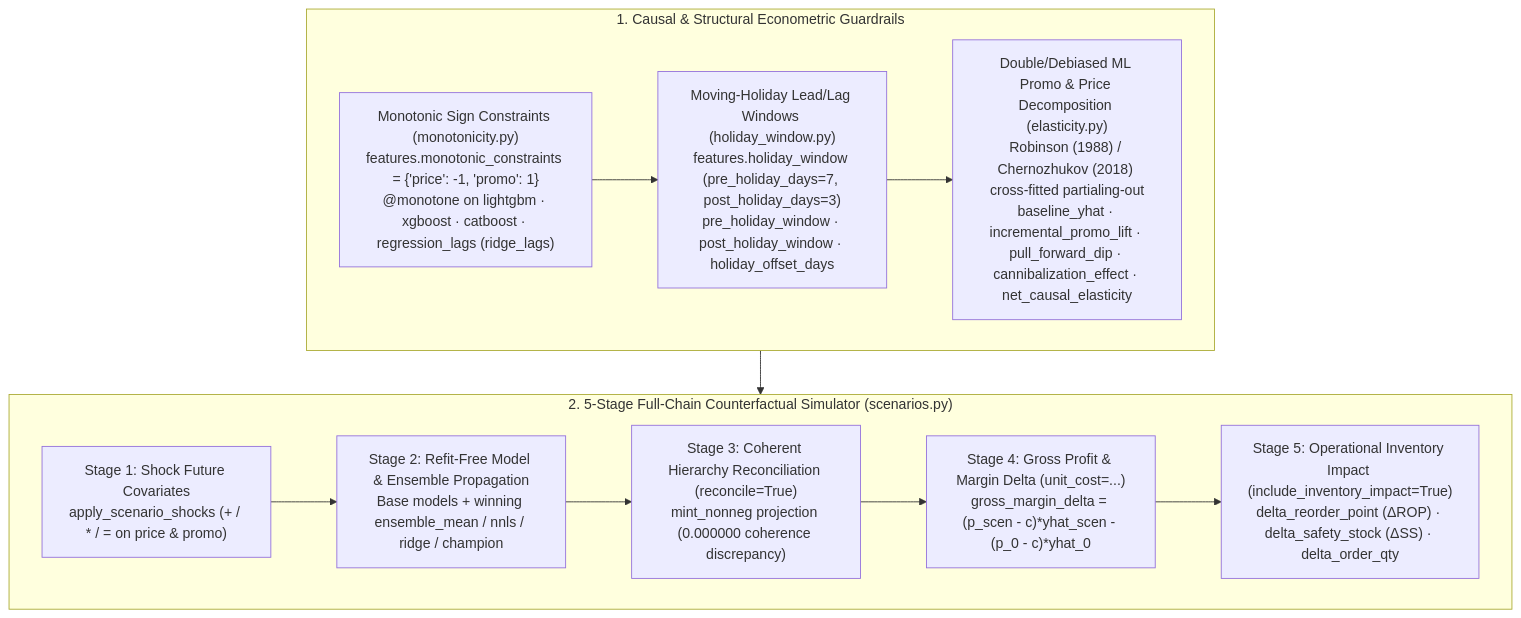
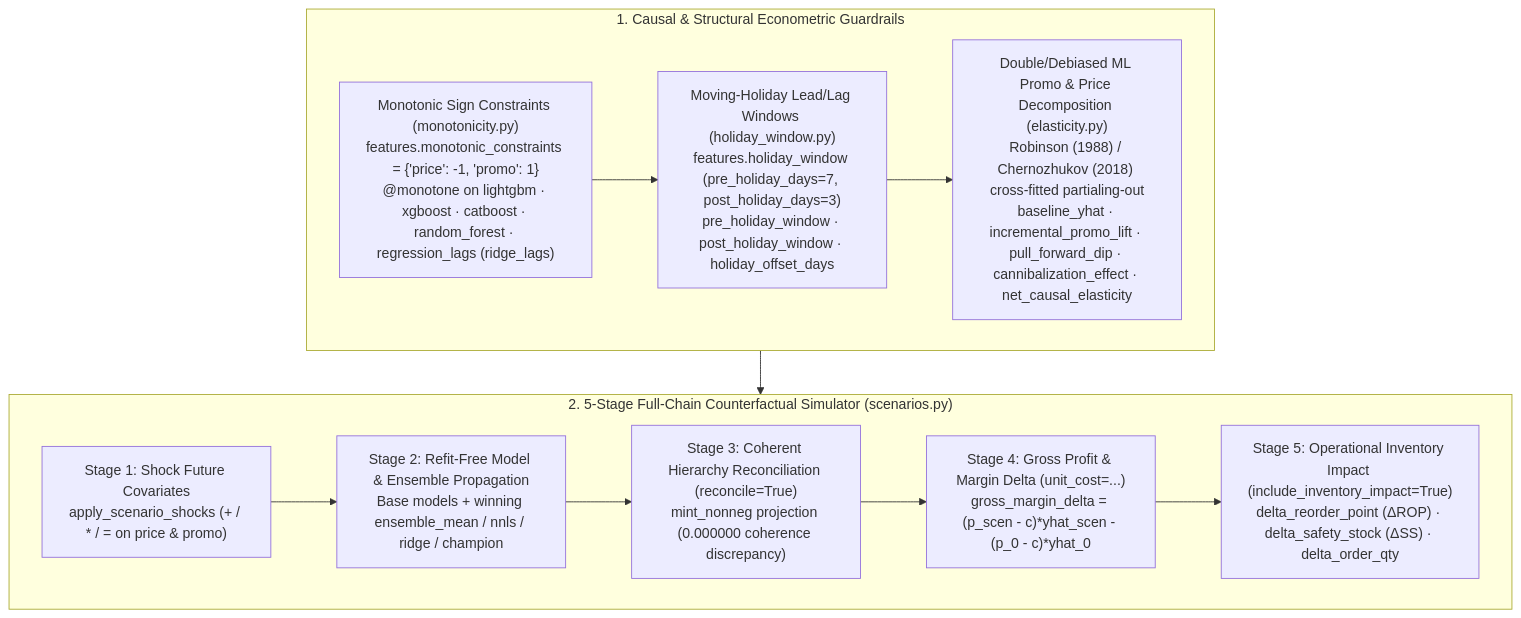
The second of 2 diagrams in docs/forecaster_workbench.md (statmike/scale-forecasting), drawn with Mermaid before and after one commit. The commit also changed other lines of this file and 21 other files, not shown here.

Commit message:
feat(monotonicity): add model discovery, random_forest monotonic_cst, HPO/global/post-hoc guardrails & audit_monotonicity_df

````diff
--- a/docs/forecaster_workbench.md
+++ b/docs/forecaster_workbench.md
@@ -108,20 +108,20 @@
 ```mermaid
 flowchart TD
     subgraph Causal["1. Causal & Structural Econometric Guardrails"]
-        C1["Monotonic Sign Constraints (monotonicity.py)<br/>features.monotonic_constraints = {'price': -1, 'promo': 1}<br/>@monotone on lightgbm · xgboost · catboost · regression_lags (ridge_lags)"]
+        C1["Monotonic Sign Constraints (monotonicity.py)<br/>features.monotonic_constraints = {'price': -1, 'promo': 1}<br/>@monotone on lightgbm · xgboost · catboost · random_forest · regression_lags (ridge_lags)"]
         C2["Moving-Holiday Lead/Lag Windows (holiday_window.py)<br/>features.holiday_window (pre_holiday_days=7, post_holiday_days=3)<br/>pre_holiday_window · post_holiday_window · holiday_offset_days"]
         C3["Double/Debiased ML Promo & Price Decomposition (elasticity.py)<br/>Robinson (1988) / Chernozhukov (2018) cross-fitted partialing-out<br/>baseline_yhat · incremental_promo_lift · pull_forward_dip · cannibalization_effect · net_causal_elasticity"]
         C1 --> C2 --> C3
     end
 
     subgraph Chain["2. 5-Stage Full-Chain Counterfactual Simulator (scenarios.py)"]
         S_1["Stage 1: Shock Future Covariates<br/>apply_scenario_shocks (+ / * / = on price & promo)"]
         S_2["Stage 2: Refit-Free Model & Ensemble Propagation<br/>Base models + winning ensemble_mean / nnls / ridge / champion"]
         S_3["Stage 3: Coherent Hierarchy Reconciliation (reconcile=True)<br/>mint_nonneg projection (0.000000 coherence discrepancy)"]
         S_4["Stage 4: Gross Profit & Margin Delta (unit_cost=...)<br/>gross_margin_delta = (p_scen - c)*yhat_scen - (p_0 - c)*yhat_0"]
         S_5["Stage 5: Operational Inventory Impact (include_inventory_impact=True)<br/>delta_reorder_point (ΔROP) · delta_safety_stock (ΔSS) · delta_order_qty"]
         S_1 --> S_2 --> S_3 --> S_4 --> S_5
     end
 
     Causal --> Chain
 ```
````
